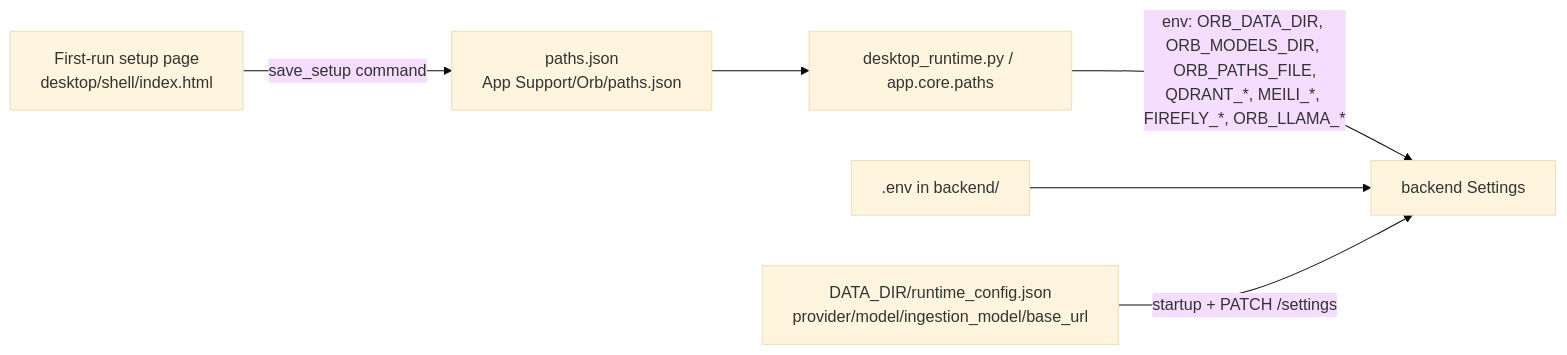
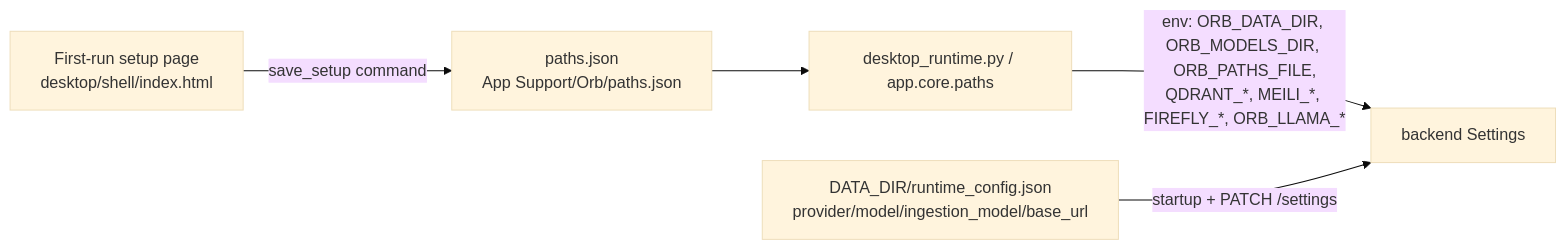
The second of 4 diagrams in Docs/02-system-architecture.md (josetseph/Orb), drawn with Mermaid (base theme) before and after one commit. The commit also changed other lines of this file and 37 other files, not shown here.

````diff
--- a/Docs/02-system-architecture.md
+++ b/Docs/02-system-architecture.md
@@ -64,8 +64,7 @@
 ```mermaid
 flowchart LR
   W[First-run setup page<br/>desktop/shell/index.html] -->|save_setup command| PJ[paths.json<br/>App Support/Orb/paths.json]
   PJ --> SUP[desktop_runtime.py / app.core.paths]
   SUP -->|env: ORB_DATA_DIR, ORB_MODELS_DIR, ORB_PATHS_FILE,<br/>QDRANT_*, MEILI_*, FIREFLY_*, ORB_LLAMA_*| API[backend Settings]
-  ENV[.env in backend/] --> API
   RC[DATA_DIR/runtime_config.json<br/>provider/model/ingestion_model/base_url] -->|startup + PATCH /settings| API
 ```
````
